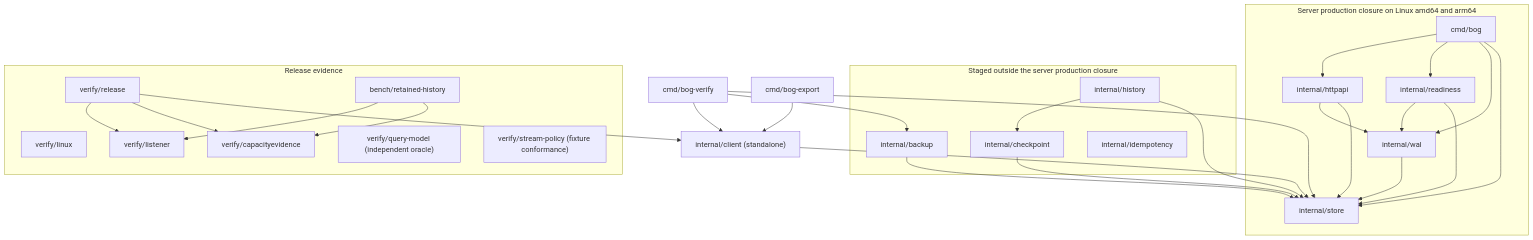
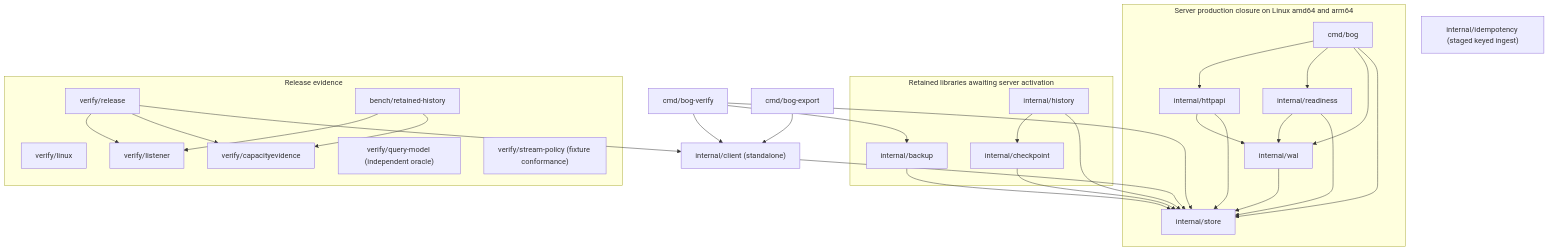
One commit to tflynn3/bog changed the diagram in docs/architecture/SYSTEM.md. Above: the diagram before and after it, drawn with Mermaid. The commit also changed other lines of this file and 3 other files, not shown here.

````diff
--- a/docs/architecture/SYSTEM.md
+++ b/docs/architecture/SYSTEM.md
@@ -42,51 +45,51 @@
 ```mermaid
 flowchart TD
     subgraph Runtime["Server production closure on Linux amd64 and arm64"]
         Cmd["cmd/bog"]
         HTTP["internal/httpapi"]
         Ready["internal/readiness"]
         WAL["internal/wal"]
         Store["internal/store"]
         Cmd --> HTTP
         Cmd --> Ready
         Cmd --> WAL
         Cmd --> Store
         HTTP --> WAL
         HTTP --> Store
         Ready --> WAL
         Ready --> Store
         WAL --> Store
     end
     Operator["cmd/bog-verify"]
     Export["cmd/bog-export"]
-    subgraph Staged["Staged outside the server production closure"]
+    subgraph Staged["Retained libraries awaiting server activation"]
         Checkpoint["internal/checkpoint"]
         History["internal/history"]
         Backup["internal/backup"]
-        Idempotency["internal/idempotency"]
         History --> Checkpoint
     end
+    Idempotency["internal/idempotency (staged keyed ingest)"]
     Client["internal/client (standalone)"]
     Checkpoint --> Store
     History --> Store
     Backup --> Store
     Operator --> Backup
     Operator --> Client
     Operator --> Store
     Export --> Client
     Client --> Store
     subgraph Evidence["Release evidence"]
         Admission["verify/release"]
         Durability["verify/linux"]
         Capacity["bench/retained-history"]
         CapacityEvidence["verify/capacityevidence"]
         Listener["verify/listener"]
         Model["verify/query-model (independent oracle)"]
         StreamPolicy["verify/stream-policy (fixture conformance)"]
         Admission --> Listener
         Capacity --> Listener
         Admission --> CapacityEvidence
         Capacity --> CapacityEvidence
     end
     Admission --> Client
 ```
````
